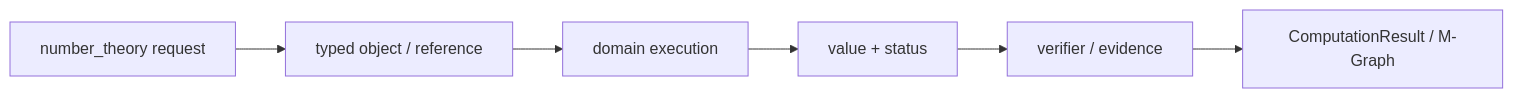
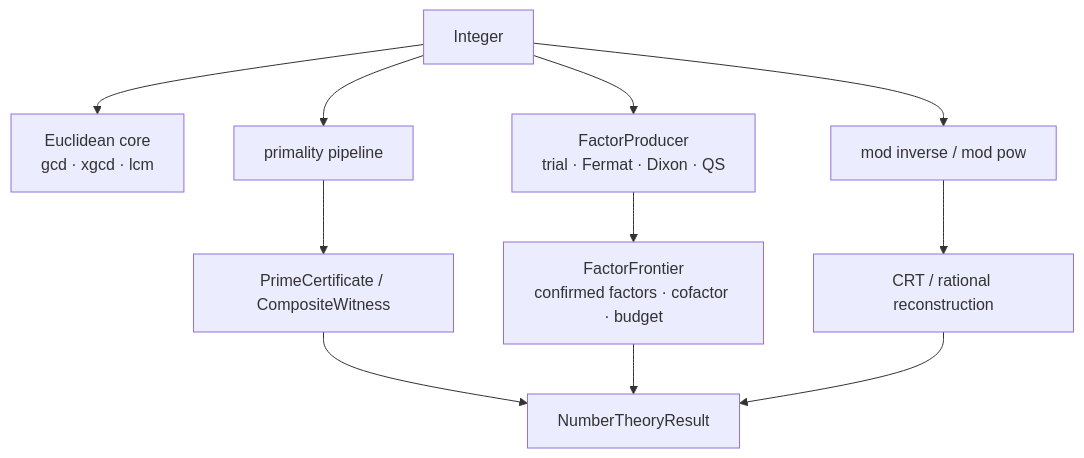
Before and after one commit to ai4waifu/athena.rs: the first of 2 diagrams in projects/athena-engine/src/domains/number_theory/readme.md, drawn with Mermaid. The commit also changed other lines of this file and 19 other files, not shown here.

````diff
--- a/projects/athena-engine/src/domains/number_theory/readme.md
+++ b/projects/athena-engine/src/domains/number_theory/readme.md
@@ -39,8 +5,13 @@
 ```mermaid
-flowchart LR
-    Request["number_theory request"] --> Object["typed object / reference"]
-    Object --> Execute["domain execution"]
-    Execute --> Result["value + status"]
-    Result --> Verify["verifier / evidence"]
-    Verify --> Publish["ComputationResult / M-Graph"]
+flowchart TB
+    Z[Integer] --> Euclid["Euclidean core\ngcd · xgcd · lcm"]
+    Z --> Prime["primality pipeline"]
+    Prime --> PCert["PrimeCertificate / CompositeWitness"]
+    Z --> Producer["FactorProducer\ntrial · Fermat · Dixon · QS"]
+    Producer --> Frontier["FactorFrontier\nconfirmed factors · cofactor · budget"]
+    Z --> Modular["mod inverse / mod pow"]
+    Modular --> CRT["CRT / rational reconstruction"]
+    PCert --> Result[NumberTheoryResult]
+    Frontier --> Result
+    CRT --> Result
 ```
````
